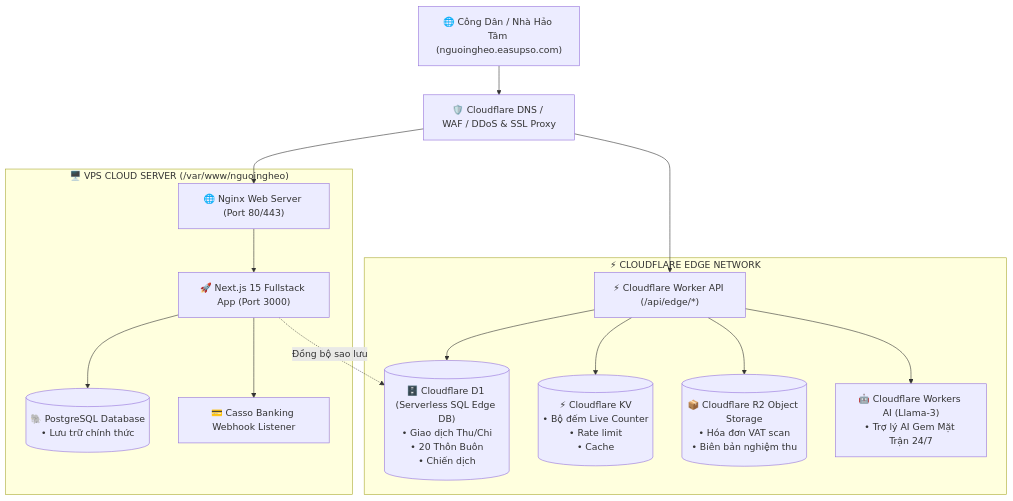
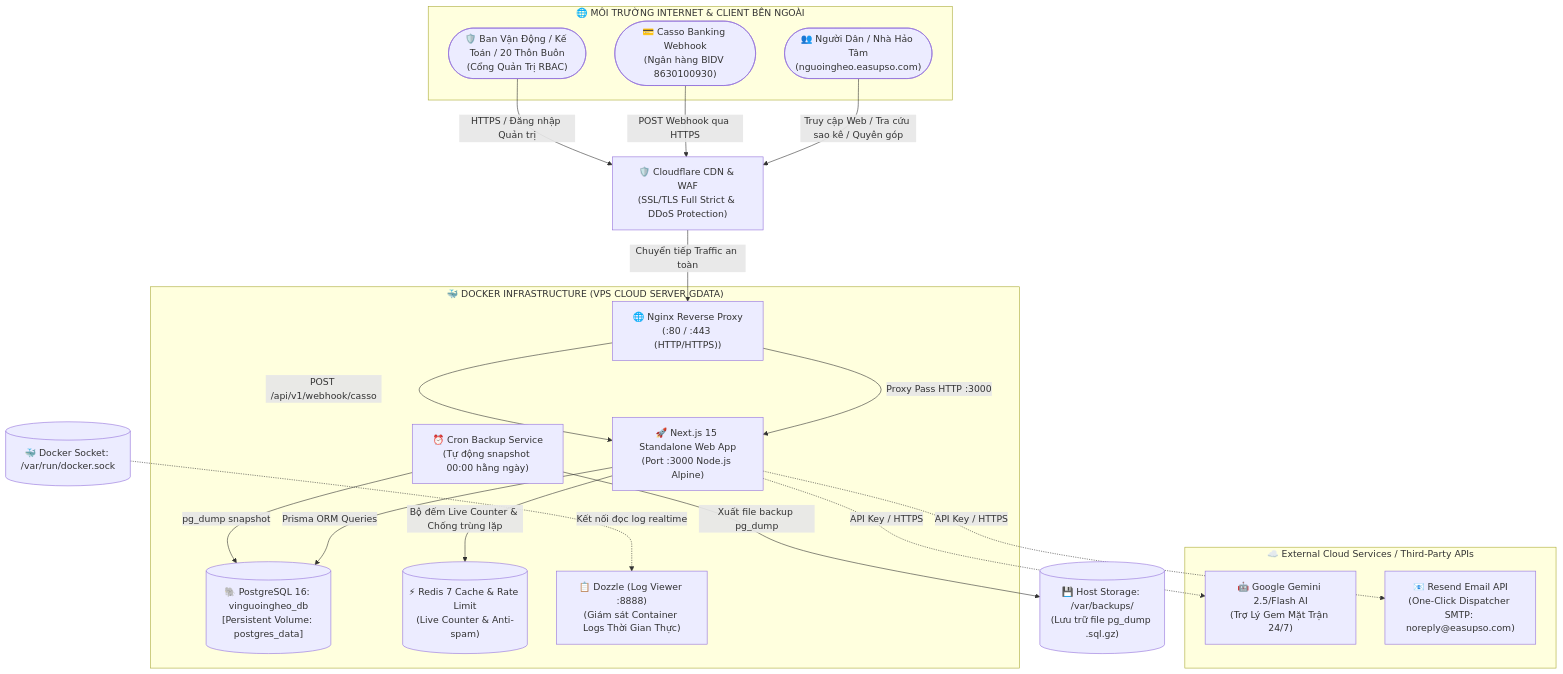
Before and after one commit to lehanhkt01-gif/nguoingheo: the diagram in cloudflare/CLOUDFLARE_SYSTEM_ARCHITECTURE.md, drawn with Mermaid. The commit also changed 4 other files, not shown here.

Commit message:
feat: standardize system architecture data flow, add dozzle and host backup, update preview

````diff
--- a/cloudflare/CLOUDFLARE_SYSTEM_ARCHITECTURE.md
+++ b/cloudflare/CLOUDFLARE_SYSTEM_ARCHITECTURE.md
@@ -11,32 +11,53 @@
 ```mermaid
 graph TD
-    User["🌐 Công Dân / Nhà Hảo Tâm (nguoingheo.easupso.com)"] --> CF_WAF["🛡️ Cloudflare DNS / WAF / DDoS & SSL Proxy"]
-    
-    subgraph Cloudflare_Edge ["⚡ CLOUDFLARE EDGE NETWORK"]
-        CF_Worker["⚡ Cloudflare Worker API (/api/edge/*)"]
-        CF_D1[("🗄️ Cloudflare D1 (Serverless SQL Edge DB)\n• Giao dịch Thu/Chi\n• 20 Thôn Buôn\n• Chiến dịch")]
-        CF_KV[("⚡ Cloudflare KV\n• Bộ đếm Live Counter\n• Rate limit\n• Cache")]
-        CF_R2[("📦 Cloudflare R2 Object Storage\n• Hóa đơn VAT scan\n• Biên bản nghiệm thu")]
-        CF_AI["🤖 Cloudflare Workers AI (Llama-3)\n• Trợ lý AI Gem Mặt Trận 24/7"]
-    end
-    
-    subgraph VPS_Server ["🖥️ VPS CLOUD SERVER (/var/www/nguoingheo)"]
-        Nginx["🌐 Nginx Web Server (Port 80/443)"]
-        NextJS["🚀 Next.js 15 Fullstack App (Port 3000)"]
-        Postgres[("🐘 PostgreSQL Database\n• Lưu trữ chính thức")]
-        CassoSync["💳 Casso Banking Webhook Listener"]
+    %% 1. Môi trường Internet & Clients bên ngoài
+    subgraph Internet_Layer ["🌐 MÔI TRƯỜNG INTERNET & CLIENT BÊN NGOÀI"]
+        User(["👥 Người Dân / Nhà Hảo Tâm<br/>(nguoingheo.easupso.com)"])
+        Casso(["💳 Casso Banking Webhook<br/>(Ngân hàng BIDV 8630100930)"])
+        AdminUser(["🛡️ Ban Vận Động / Kế Toán / 20 Thôn Buôn<br/>(Cổng Quản Trị RBAC)"])
     end
 
-    CF_WAF --> CF_Worker
-    CF_WAF --> Nginx
-    
-    CF_Worker --> CF_D1
-    CF_Worker --> CF_KV
-    CF_Worker --> CF_R2
-    CF_Worker --> CF_AI
-    
-    Nginx --> NextJS
-    NextJS --> Postgres
-    NextJS --> CassoSync
-    NextJS -.->|Đồng bộ sao lưu| CF_D1
+    %% Edge Security Gateway
+    Cloudflare["🛡️ Cloudflare CDN & WAF<br/>(SSL/TLS Full Strict & DDoS Protection)"]
+
+    %% 2. External Cloud Services (BÊN NGOÀI Docker)
+    subgraph External_APIs ["☁️ External Cloud Services / Third-Party APIs"]
+        Gemini["🤖 Google Gemini 2.5/Flash AI<br/>(Trợ Lý Gem Mặt Trận 24/7)"]
+        Resend["📧 Resend Email API<br/>(One-Click Dispatcher SMTP: noreply@easupso.com)"]
+    end
+
+    %% 3. VPS Host Storage (BÊN NGOÀI Docker)
+    Host_Storage[("💾 Host Storage: /var/backups/<br/>(Lưu trữ file pg_dump .sql.gz)")]
+    Docker_Socket[("🐳 Docker Socket: /var/run/docker.sock")]
+
+    %% 4. Docker Infrastructure trên VPS Server
+    subgraph Docker_Infra ["🐳 DOCKER INFRASTRUCTURE (VPS CLOUD SERVER GDATA)"]
+        Nginx["🌐 Nginx Reverse Proxy<br/>(:80 / :443 (HTTP/HTTPS))"]
+        Web["🚀 Next.js 15 Standalone Web App<br/>(Port :3000 Node.js Alpine)"]
+        Postgres[("🐘 PostgreSQL 16: vinguoingheo_db<br/>[Persistent Volume: postgres_data]")]
+        Redis[("⚡ Redis 7 Cache & Rate Limit<br/>(Live Counter & Anti-spam)")]
+        Backup["⏰ Cron Backup Service<br/>(Tự động snapshot 00:00 hằng ngày)"]
+        Dozzle["📋 Dozzle (Log Viewer :8888)<br/>(Giám sát Container Logs Thời Gian Thực)"]
+    end
+
+    %% Dòng chảy dữ liệu thực tế
+    User -->|Truy cập Web / Tra cứu sao kê / Quyên góp| Cloudflare
+    Casso -->|POST Webhook qua HTTPS| Cloudflare
+    AdminUser -->|HTTPS / Đăng nhập Quản trị| Cloudflare
+
+    Cloudflare -->|Chuyển tiếp Traffic an toàn| Nginx
+
+    Nginx -->|Proxy Pass HTTP :3000| Web
+    Nginx -->|POST /api/v1/webhook/casso| Web
+
+    Web -->|Prisma ORM Queries| Postgres
+    Web -->|Bộ đếm Live Counter & Chống trùng lặp| Redis
+
+    Web -.->|API Key / HTTPS| Gemini
+    Web -.->|API Key / HTTPS| Resend
+
+    Backup -->|pg_dump snapshot| Postgres
+    Backup -->|Xuất file backup pg_dump| Host_Storage
+
+    Docker_Socket -.->|Kết nối đọc log realtime| Dozzle
 ```
````
